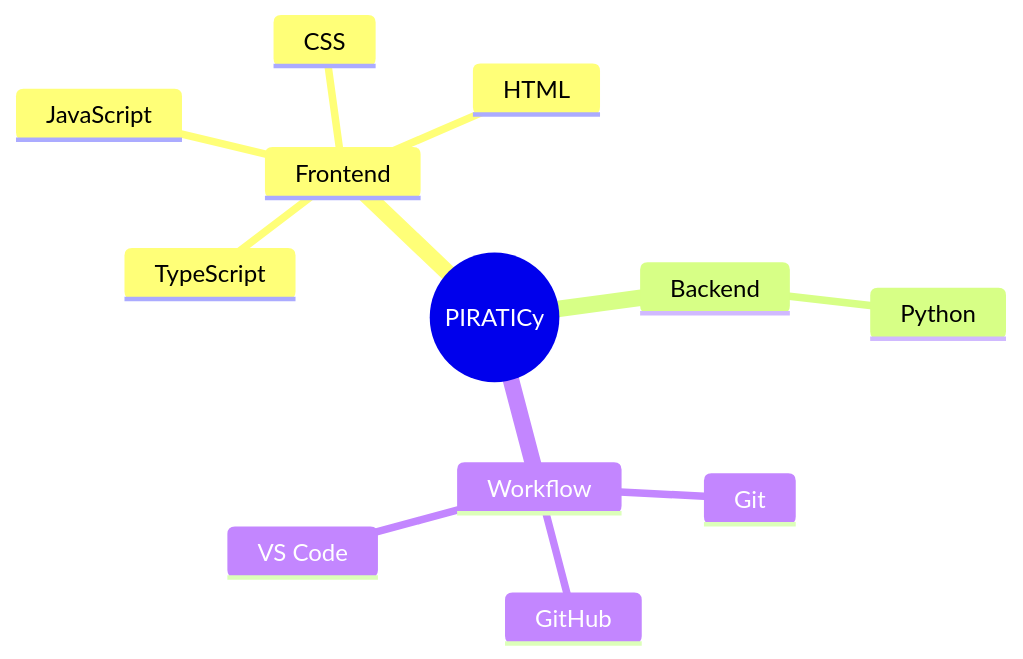
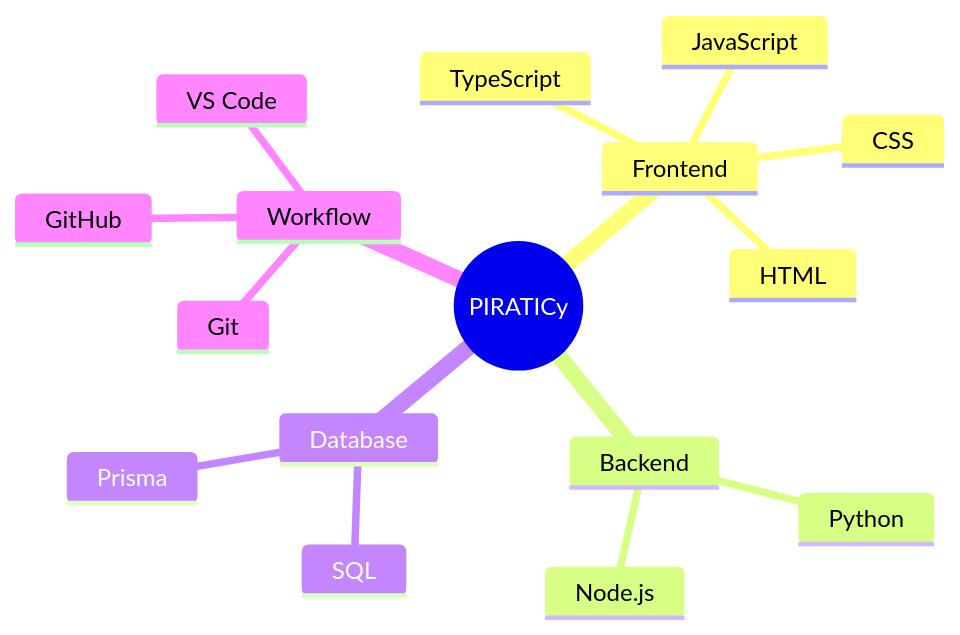
The diagram in README.md (Piraticy/Piraticy), drawn with Mermaid before and after one commit. The commit also changed other lines of this file, not shown here.

````diff
--- a/README.md
+++ b/README.md
@@ -48,15 +54,19 @@
 ```mermaid
 mindmap
   root((PIRATICy))
     Frontend
+      TypeScript
       JavaScript
-      TypeScript
       HTML
       CSS
     Backend
       Python
+      Node.js
+    Database
+      SQL
+      Prisma
     Workflow
       Git
       GitHub
       VS Code
 ```
````
